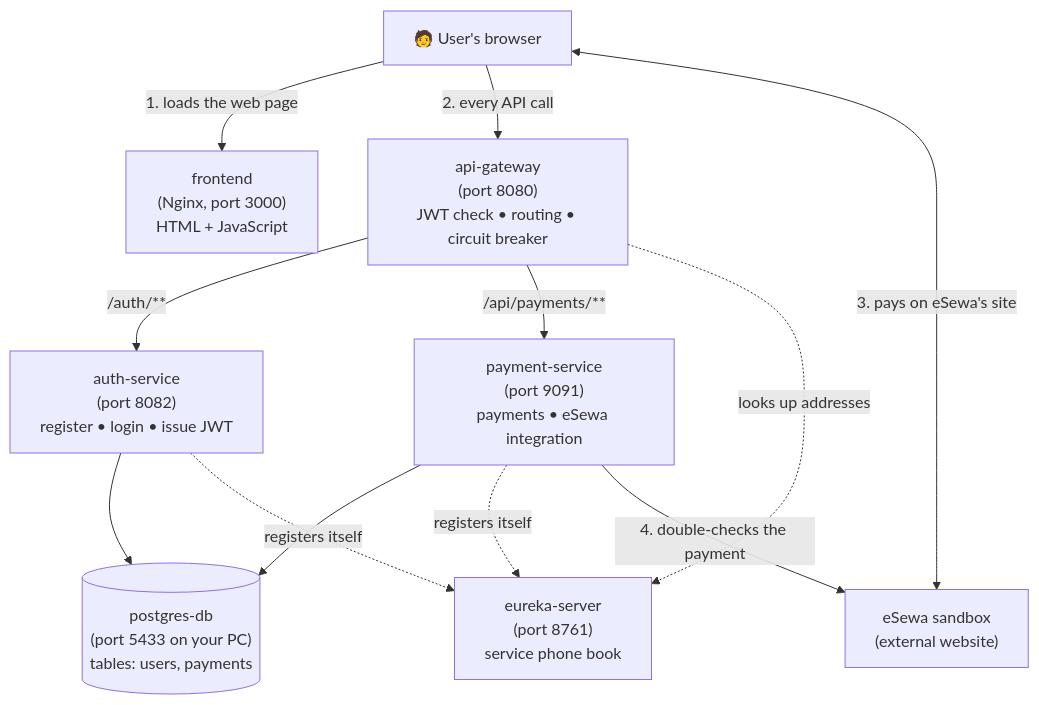
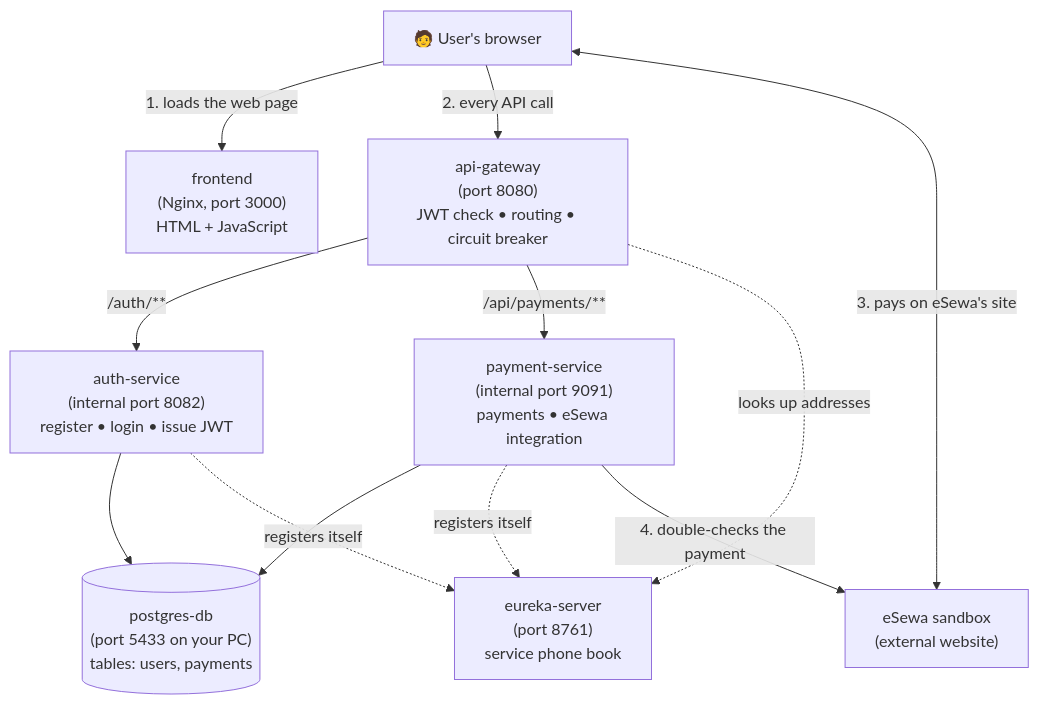
The first of 4 diagrams in docs/PROJECT_GUIDE.md (susir11/ripple-paygate), drawn with Mermaid before and after one commit. The commit also changed other lines of this file and 54 other files, not shown here.

````diff
--- a/docs/PROJECT_GUIDE.md
+++ b/docs/PROJECT_GUIDE.md
@@ -85,23 +87,23 @@
 ```mermaid
 flowchart TD
     B["🧑 User's browser"]
     FE["frontend<br/>(Nginx, port 3000)<br/>HTML + JavaScript"]
     GW["api-gateway<br/>(port 8080)<br/>JWT check • routing • circuit breaker"]
     EU["eureka-server<br/>(port 8761)<br/>service phone book"]
-    AU["auth-service<br/>(port 8082)<br/>register • login • issue JWT"]
-    PA["payment-service<br/>(port 9091)<br/>payments • eSewa integration"]
+    AU["auth-service<br/>(internal port 8082)<br/>register • login • issue JWT"]
+    PA["payment-service<br/>(internal port 9091)<br/>payments • eSewa integration"]
     DB[("postgres-db<br/>(port 5433 on your PC)<br/>tables: users, payments")]
     ES["eSewa sandbox<br/>(external website)"]
 
     B -->|"1. loads the web page"| FE
     B -->|"2. every API call"| GW
     GW -->|"/auth/**"| AU
     GW -->|"/api/payments/**"| PA
     AU --> DB
     PA --> DB
     AU -. "registers itself" .-> EU
     PA -. "registers itself" .-> EU
     GW -. "looks up addresses" .-> EU
     B <-->|"3. pays on eSewa's site"| ES
     PA -->|"4. double-checks the payment"| ES
 ```
````
